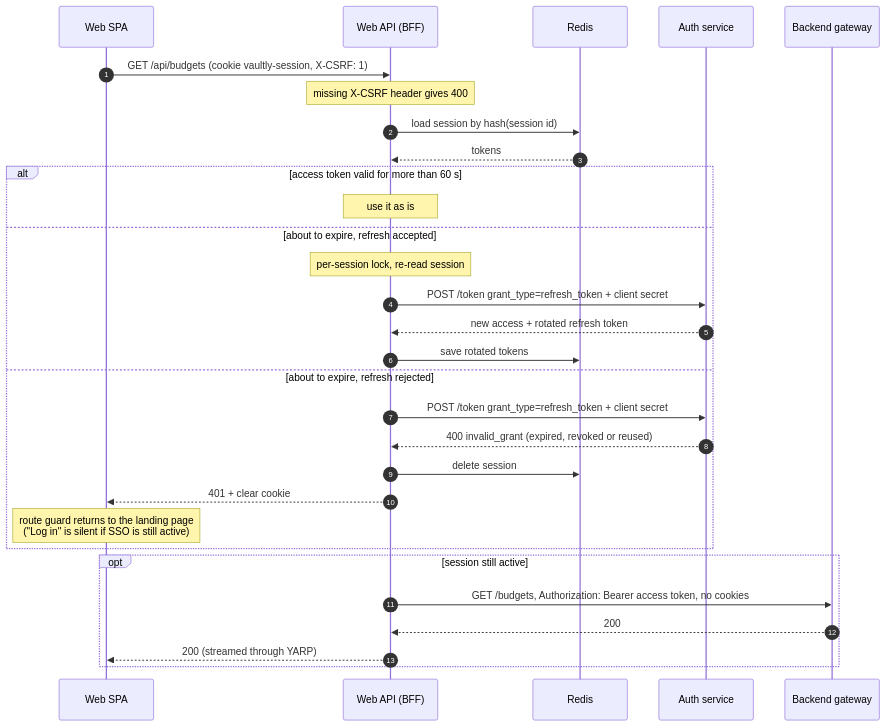
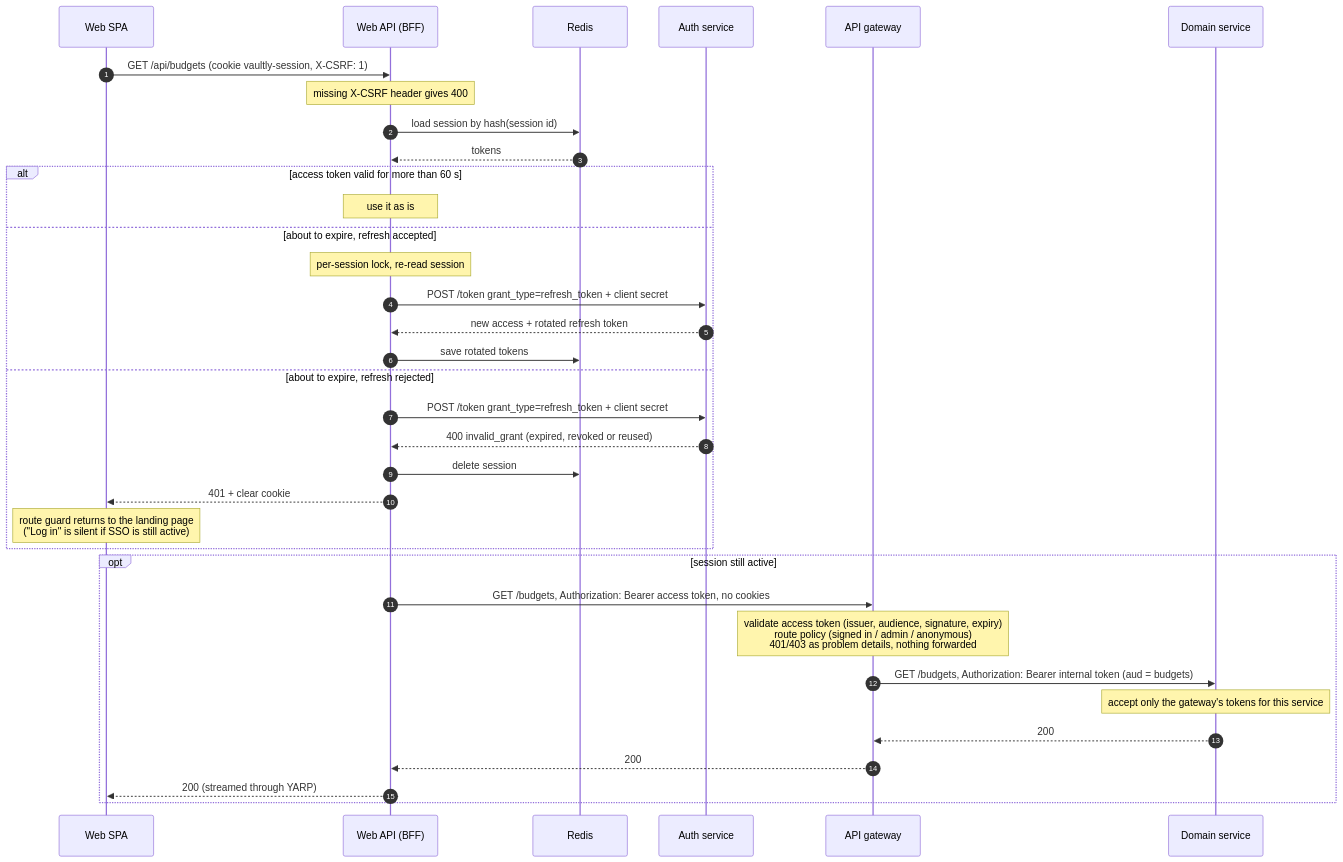
The fourth of 9 diagrams in docs/architecture/authentication.md (stp-nowak/VAULTLY), drawn with Mermaid before and after one commit. The commit also changed other lines of this file and 8 other files, not shown here.

````diff
--- a/docs/architecture/authentication.md
+++ b/docs/architecture/authentication.md
@@ -148,33 +153,38 @@
 ```mermaid
 sequenceDiagram
     autonumber
     participant SPA as Web SPA
     participant BFF as Web API (BFF)
     participant R as Redis
     participant A as Auth service
-    participant B as Backend gateway
+    participant G as API gateway
+    participant S as Domain service
 
     SPA->>BFF: GET /api/budgets (cookie vaultly-session, X-CSRF: 1)
     Note over BFF: missing X-CSRF header gives 400
     BFF->>R: load session by hash(session id)
     R-->>BFF: tokens
     alt access token valid for more than 60 s
         Note over BFF: use it as is
     else about to expire, refresh accepted
         Note over BFF: per-session lock, re-read session
         BFF->>A: POST /token grant_type=refresh_token + client secret
         A-->>BFF: new access + rotated refresh token
         BFF->>R: save rotated tokens
     else about to expire, refresh rejected
         BFF->>A: POST /token grant_type=refresh_token + client secret
         A-->>BFF: 400 invalid_grant (expired, revoked or reused)
         BFF->>R: delete session
         BFF-->>SPA: 401 + clear cookie
         Note over SPA: route guard returns to the landing page<br/>("Log in" is silent if SSO is still active)
     end
     opt session still active
-        BFF->>B: GET /budgets, Authorization: Bearer access token, no cookies
-        B-->>BFF: 200
+        BFF->>G: GET /budgets, Authorization: Bearer access token, no cookies
+        Note over G: validate access token (issuer, audience, signature, expiry)<br/>route policy (signed in / admin / anonymous)<br/>401/403 as problem details, nothing forwarded
+        G->>S: GET /budgets, Authorization: Bearer internal token (aud = budgets)
+        Note over S: accept only the gateway's tokens for this service
+        S-->>G: 200
+        G-->>BFF: 200
         BFF-->>SPA: 200 (streamed through YARP)
     end
 ```
````
